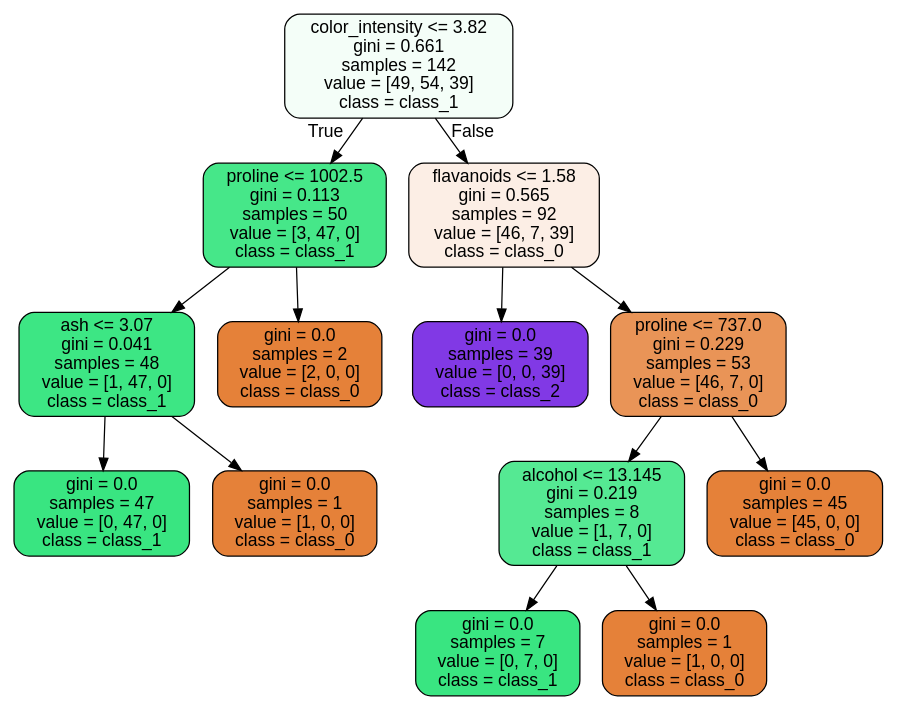
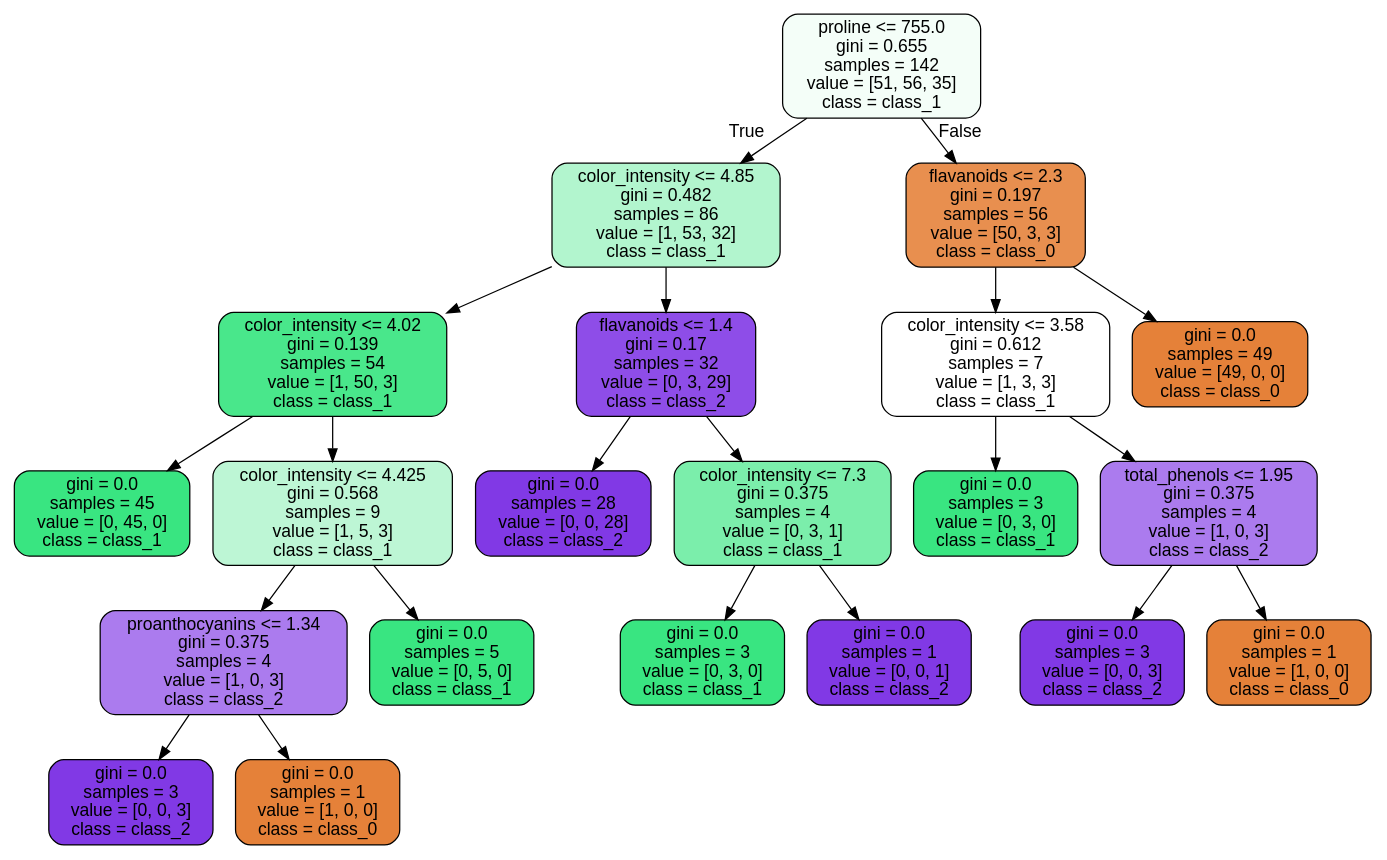
Before and after one commit to JoseDeJesusMendozaBecerril/Practica4_MineriaDeDatos: the diagram in images/decision_trees/wine_tree_train.dot, drawn with Graphviz. The commit also changed 11 other files, not shown here.

```diff
--- a/images/decision_trees/wine_tree_train.dot
+++ b/images/decision_trees/wine_tree_train.dot
@@ -1,29 +1,45 @@
 digraph Tree {
 node [shape=box, style="filled, rounded", color="black", fontname=helvetica] ;
 edge [fontname=helvetica] ;
-0 [label="color_intensity <= 3.82\ngini = 0.661\nsamples = 142\nvalue = [49, 54, 39]\nclass = class_1", fillcolor="#f4fef8"] ;
-1 [label="proline <= 1002.5\ngini = 0.113\nsamples = 50\nvalue = [3, 47, 0]\nclass = class_1", fillcolor="#46e789"] ;
+0 [label="proline <= 755.0\ngini = 0.655\nsamples = 142\nvalue = [51, 56, 35]\nclass = class_1", fillcolor="#f4fef8"] ;
+1 [label="color_intensity <= 4.85\ngini = 0.482\nsamples = 86\nvalue = [1, 53, 32]\nclass = class_1", fillcolor="#b2f5ce"] ;
 0 -> 1 [labeldistance=2.5, labelangle=45, headlabel="True"] ;
-2 [label="ash <= 3.07\ngini = 0.041\nsamples = 48\nvalue = [1, 47, 0]\nclass = class_1", fillcolor="#3de684"] ;
+2 [label="color_intensity <= 4.02\ngini = 0.139\nsamples = 54\nvalue = [1, 50, 3]\nclass = class_1", fillcolor="#49e78b"] ;
 1 -> 2 ;
-3 [label="gini = 0.0\nsamples = 47\nvalue = [0, 47, 0]\nclass = class_1", fillcolor="#39e581"] ;
+3 [label="gini = 0.0\nsamples = 45\nvalue = [0, 45, 0]\nclass = class_1", fillcolor="#39e581"] ;
 2 -> 3 ;
-4 [label="gini = 0.0\nsamples = 1\nvalue = [1, 0, 0]\nclass = class_0", fillcolor="#e58139"] ;
+4 [label="color_intensity <= 4.425\ngini = 0.568\nsamples = 9\nvalue = [1, 5, 3]\nclass = class_1", fillcolor="#bdf6d5"] ;
 2 -> 4 ;
-5 [label="gini = 0.0\nsamples = 2\nvalue = [2, 0, 0]\nclass = class_0", fillcolor="#e58139"] ;
-1 -> 5 ;
-6 [label="flavanoids <= 1.58\ngini = 0.565\nsamples = 92\nvalue = [46, 7, 39]\nclass = class_0", fillcolor="#fceee5"] ;
-0 -> 6 [labeldistance=2.5, labelangle=-45, headlabel="False"] ;
-7 [label="gini = 0.0\nsamples = 39\nvalue = [0, 0, 39]\nclass = class_2", fillcolor="#8139e5"] ;
-6 -> 7 ;
-8 [label="proline <= 737.0\ngini = 0.229\nsamples = 53\nvalue = [46, 7, 0]\nclass = class_0", fillcolor="#e99457"] ;
-6 -> 8 ;
-9 [label="alcohol <= 13.145\ngini = 0.219\nsamples = 8\nvalue = [1, 7, 0]\nclass = class_1", fillcolor="#55e993"] ;
-8 -> 9 ;
-10 [label="gini = 0.0\nsamples = 7\nvalue = [0, 7, 0]\nclass = class_1", fillcolor="#39e581"] ;
+5 [label="proanthocyanins <= 1.34\ngini = 0.375\nsamples = 4\nvalue = [1, 0, 3]\nclass = class_2", fillcolor="#ab7bee"] ;
+4 -> 5 ;
+6 [label="gini = 0.0\nsamples = 3\nvalue = [0, 0, 3]\nclass = class_2", fillcolor="#8139e5"] ;
+5 -> 6 ;
+7 [label="gini = 0.0\nsamples = 1\nvalue = [1, 0, 0]\nclass = class_0", fillcolor="#e58139"] ;
+5 -> 7 ;
+8 [label="gini = 0.0\nsamples = 5\nvalue = [0, 5, 0]\nclass = class_1", fillcolor="#39e581"] ;
+4 -> 8 ;
+9 [label="flavanoids <= 1.4\ngini = 0.17\nsamples = 32\nvalue = [0, 3, 29]\nclass = class_2", fillcolor="#8e4de8"] ;
+1 -> 9 ;
+10 [label="gini = 0.0\nsamples = 28\nvalue = [0, 0, 28]\nclass = class_2", fillcolor="#8139e5"] ;
 9 -> 10 ;
-11 [label="gini = 0.0\nsamples = 1\nvalue = [1, 0, 0]\nclass = class_0", fillcolor="#e58139"] ;
+11 [label="color_intensity <= 7.3\ngini = 0.375\nsamples = 4\nvalue = [0, 3, 1]\nclass = class_1", fillcolor="#7beeab"] ;
 9 -> 11 ;
-12 [label="gini = 0.0\nsamples = 45\nvalue = [45, 0, 0]\nclass = class_0", fillcolor="#e58139"] ;
-8 -> 12 ;
+12 [label="gini = 0.0\nsamples = 3\nvalue = [0, 3, 0]\nclass = class_1", fillcolor="#39e581"] ;
+11 -> 12 ;
+13 [label="gini = 0.0\nsamples = 1\nvalue = [0, 0, 1]\nclass = class_2", fillcolor="#8139e5"] ;
+11 -> 13 ;
+14 [label="flavanoids <= 2.3\ngini = 0.197\nsamples = 56\nvalue = [50, 3, 3]\nclass = class_0", fillcolor="#e88f4f"] ;
+0 -> 14 [labeldistance=2.5, labelangle=-45, headlabel="False"] ;
+15 [label="color_intensity <= 3.58\ngini = 0.612\nsamples = 7\nvalue = [1, 3, 3]\nclass = class_1", fillcolor="#ffffff"] ;
+14 -> 15 ;
+16 [label="gini = 0.0\nsamples = 3\nvalue = [0, 3, 0]\nclass = class_1", fillcolor="#39e581"] ;
+15 -> 16 ;
+17 [label="total_phenols <= 1.95\ngini = 0.375\nsamples = 4\nvalue = [1, 0, 3]\nclass = class_2", fillcolor="#ab7bee"] ;
+15 -> 17 ;
+18 [label="gini = 0.0\nsamples = 3\nvalue = [0, 0, 3]\nclass = class_2", fillcolor="#8139e5"] ;
+17 -> 18 ;
+19 [label="gini = 0.0\nsamples = 1\nvalue = [1, 0, 0]\nclass = class_0", fillcolor="#e58139"] ;
+17 -> 19 ;
+20 [label="gini = 0.0\nsamples = 49\nvalue = [49, 0, 0]\nclass = class_0", fillcolor="#e58139"] ;
+14 -> 20 ;
 }
```
